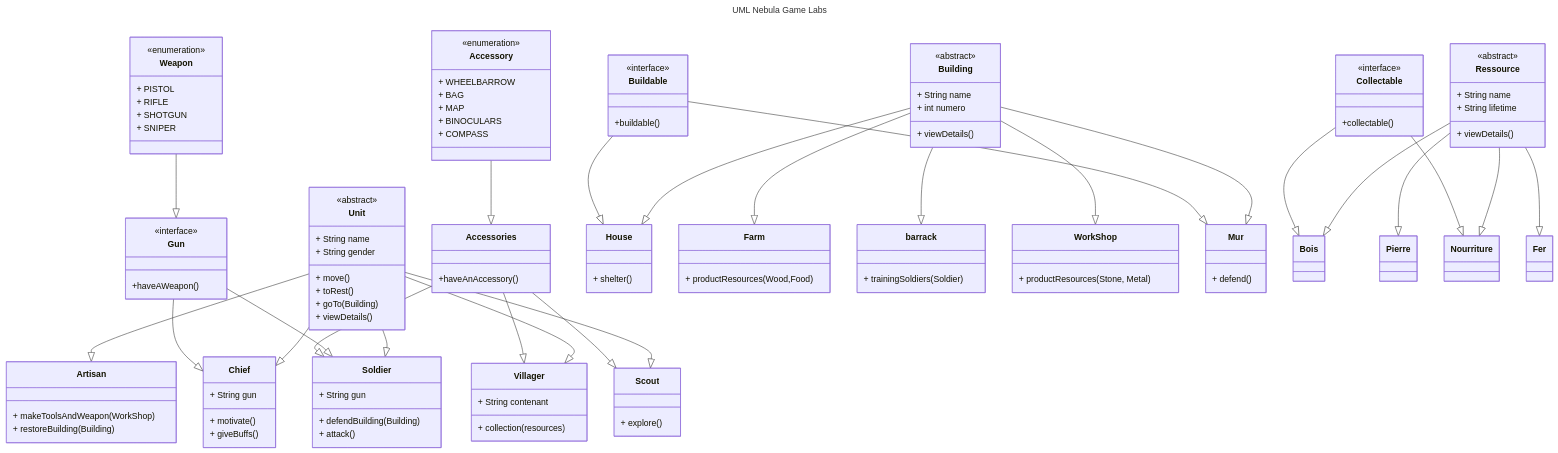
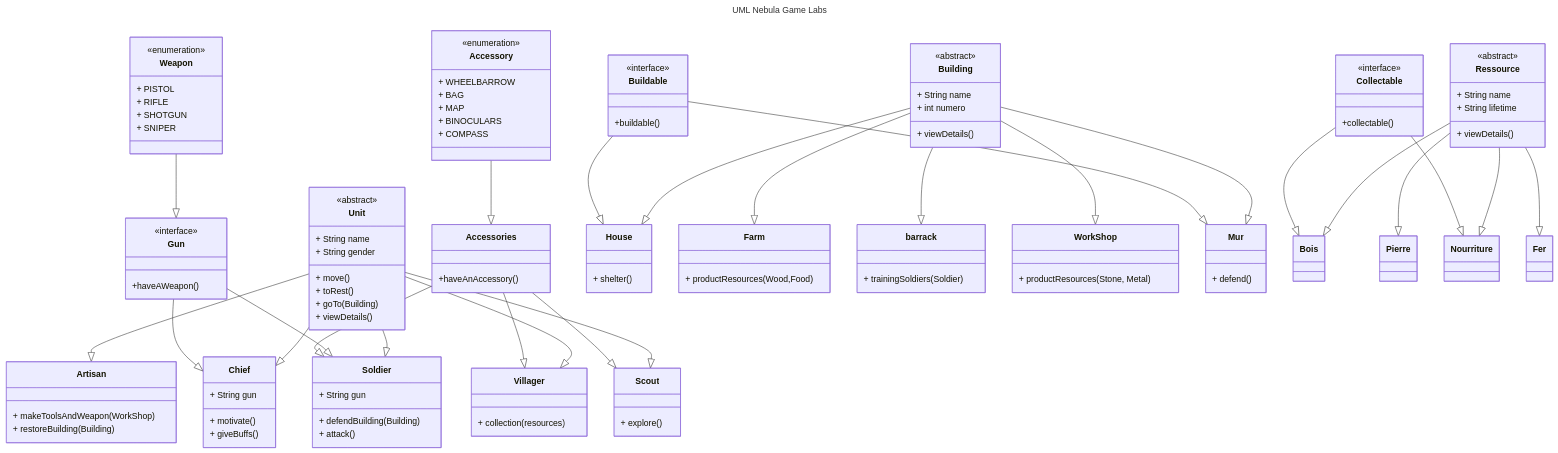
The first of 2 diagrams in README.md (SFaucher26/brief-8), drawn with Mermaid before and after one commit. The commit also changed other lines of this file, not shown here.

Commit message:
Diagramme de séquence

```diff
--- a/README.md
+++ b/README.md
@@ -48,7 +56,6 @@
     Unit : + goTo(Building)
     Unit : + viewDetails()
     class Villager{
-        + String contenant
         + collection(resources)
     }
     class Artisan{
```
